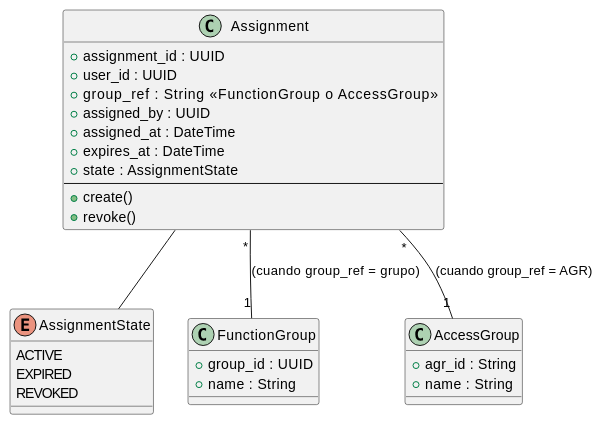
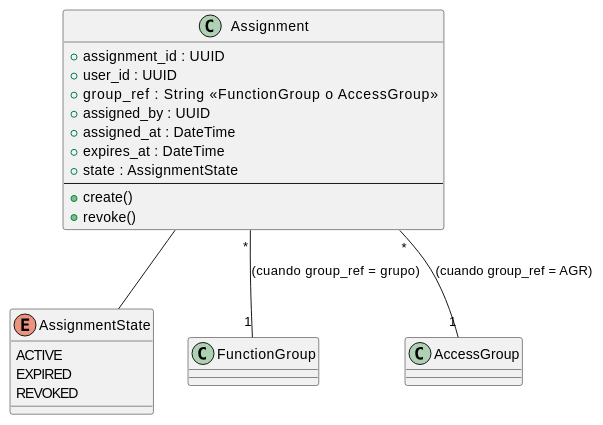
Before and after one commit to jcg-admin/IACT-docs: the diagram in source/arquitectura-tecnica/domain-model/assignment.rst, drawn with PlantUML. The commit also changed other lines of this file and 6 other files, not shown here.

```diff
--- a/source/arquitectura-tecnica/domain-model/assignment.rst
+++ b/source/arquitectura-tecnica/domain-model/assignment.rst
@@ -25,39 +25,31 @@
 .. uml::
  :caption: Clase Assignment — asignacion de grupo a usuario.
 
  @startuml
 
  class Assignment {
    + assignment_id : UUID
    + user_id : UUID
    + group_ref : String       <<FunctionGroup o AccessGroup>>
    + assigned_by : UUID
    + assigned_at : DateTime
    + expires_at : DateTime
    + state : AssignmentState
    --
    + create()
    + revoke()
  }
 
  enum AssignmentState {
    ACTIVE
    EXPIRED
    REVOKED
  }
 
- class FunctionGroup {
-   + group_id : UUID
-   + name : String
- }
 
- class AccessGroup {
-   + agr_id : String
-   + name : String
- }
 
  Assignment -- AssignmentState
  Assignment "*" -- "1" FunctionGroup : (cuando group_ref = grupo)
  Assignment "*" -- "1" AccessGroup   : (cuando group_ref = AGR)
 
  @enduml
```
